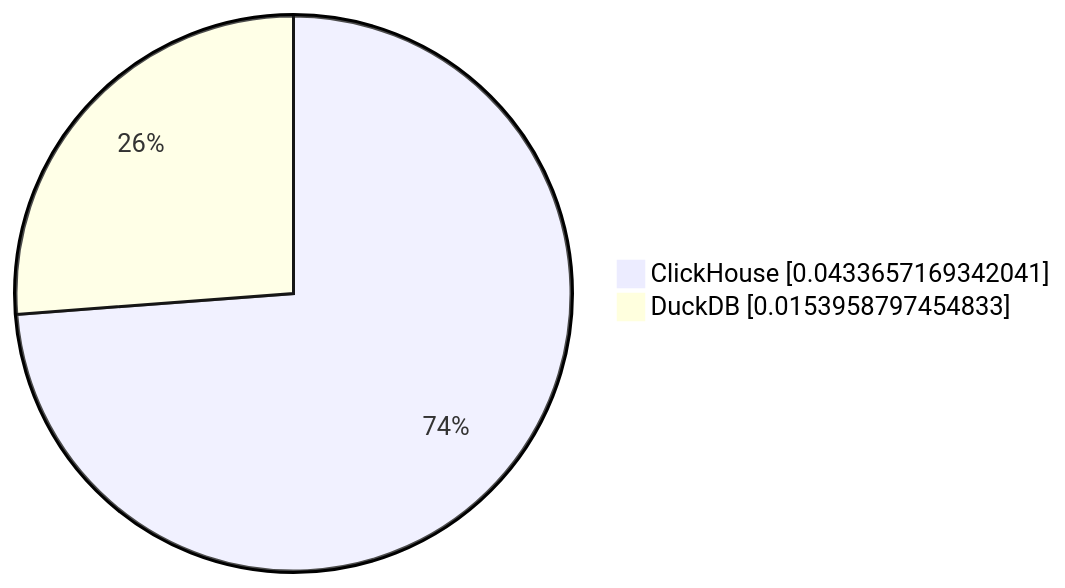
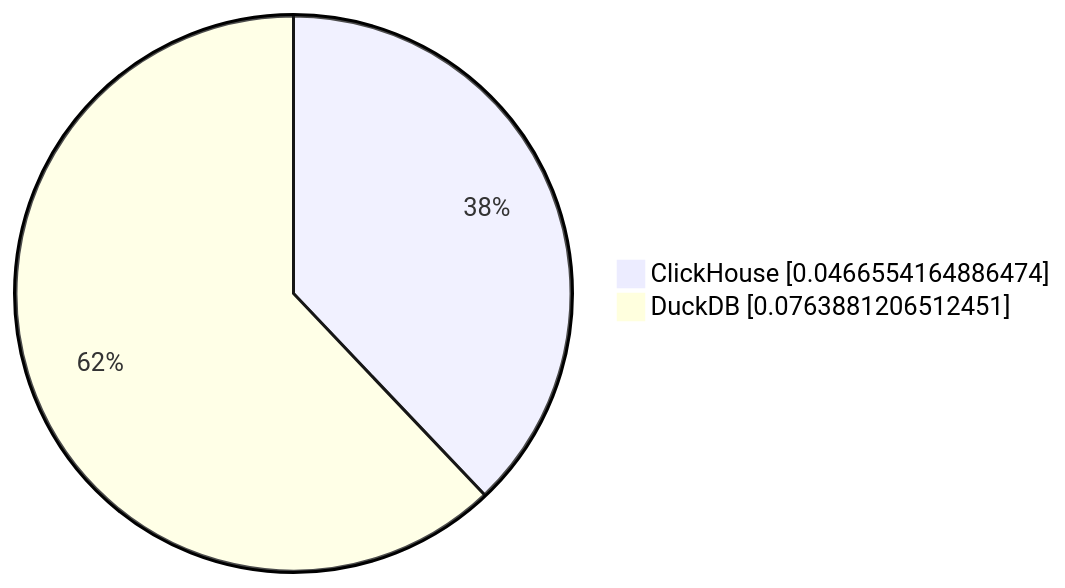
Before and after one commit to Altinity/clickhouse-regression: the seventh of 10 diagrams in parquet/performance/results/README.md, drawn with Mermaid. The commit also changed other lines of this file and 3 other files, not shown here.

````diff
--- a/parquet/performance/results/README.md
+++ b/parquet/performance/results/README.md
@@ -68,5 +68,5 @@
 ```mermaid
      pie showData
-         "ClickHouse" : 0.0433657169342041
-         "DuckDB" : 0.0153958797454833
+         "ClickHouse" : 0.0466554164886474
+         "DuckDB" : 0.0763881206512451
 ```
````
